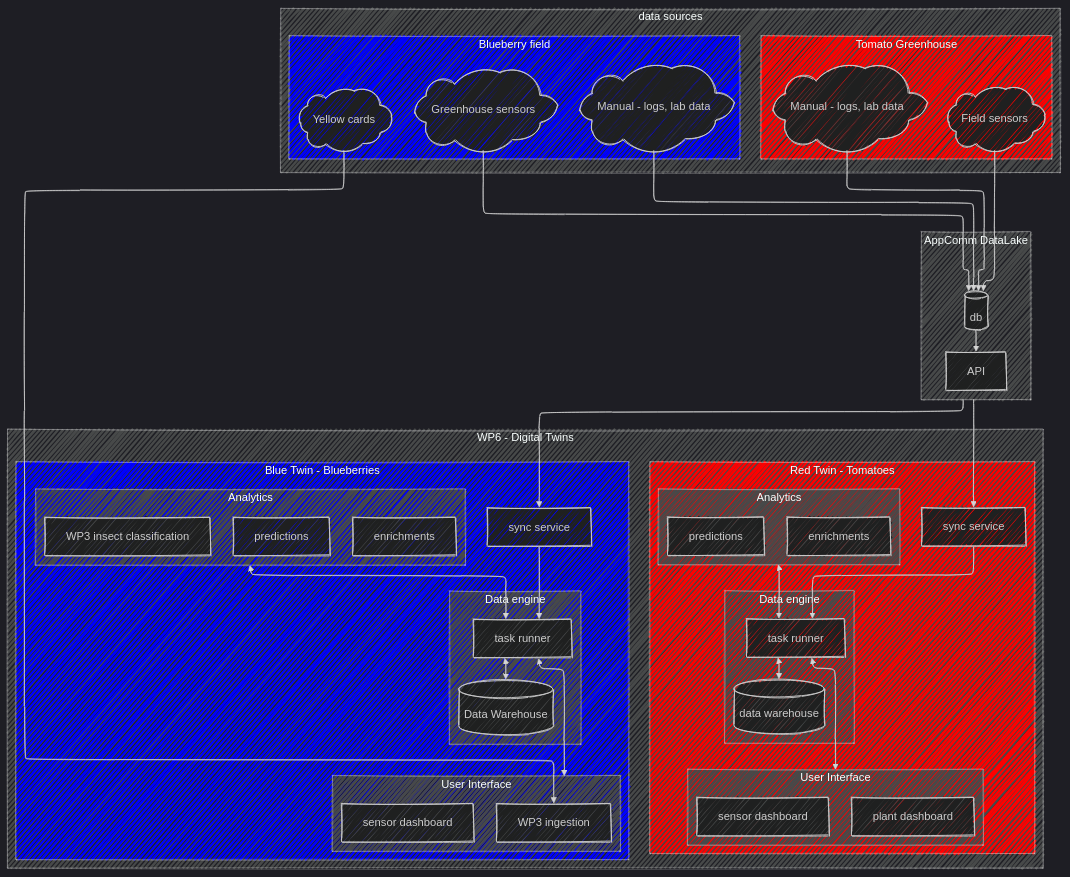
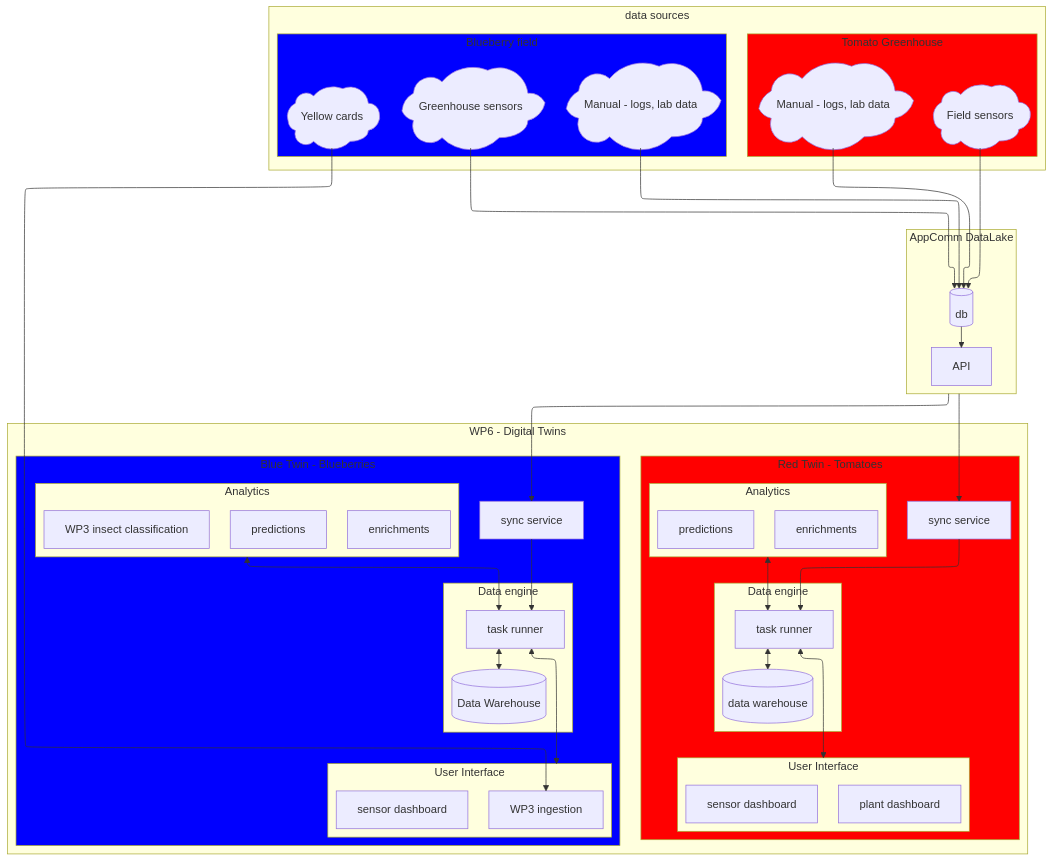
One commit to SPOHF/SPoHF-WP6-Twins changed the diagram in docs/architecture/index.md. Above: the diagram before and after it, drawn with Mermaid.

Commit message:
docs: improve chart readability

````diff
--- a/docs/architecture/index.md
+++ b/docs/architecture/index.md
@@ -18,8 +18,6 @@
 ```mermaid
 ---
 config:
-  look: handDrawn
-  theme: dark
   layout: elk
 ---
 flowchart TD
````
